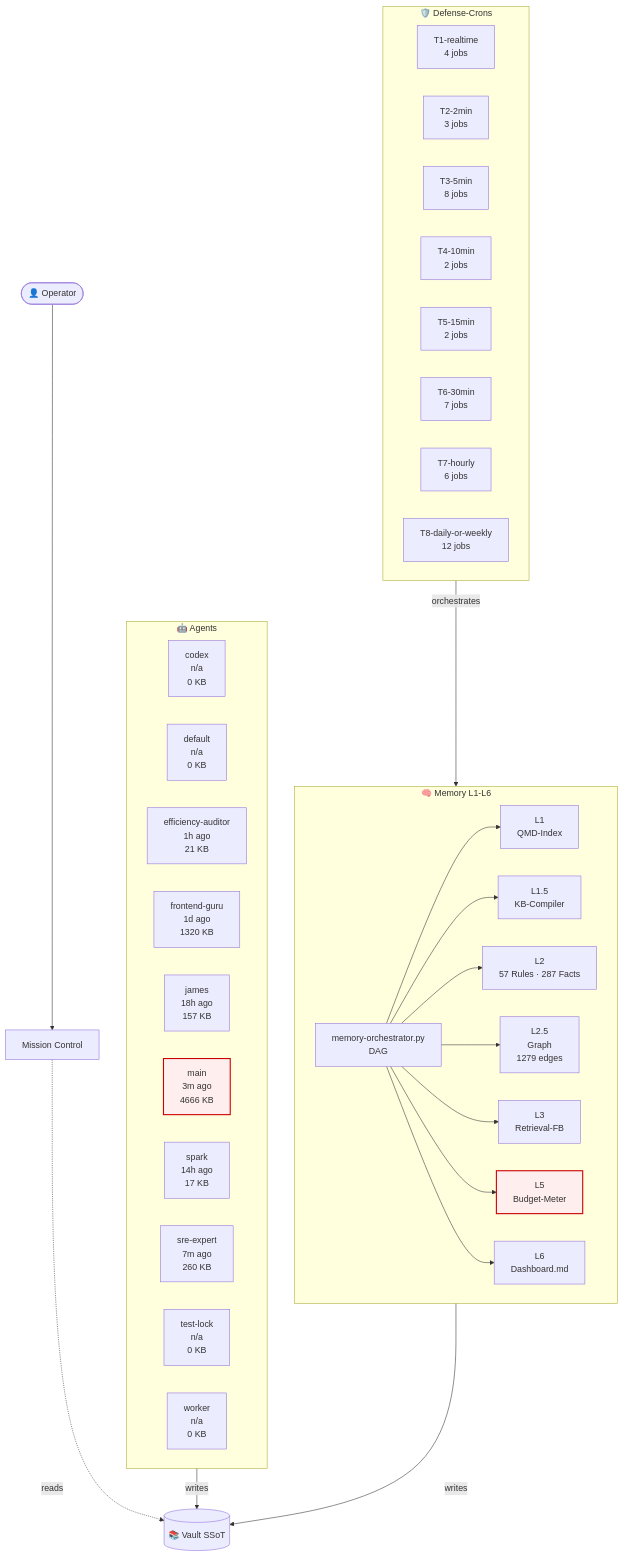
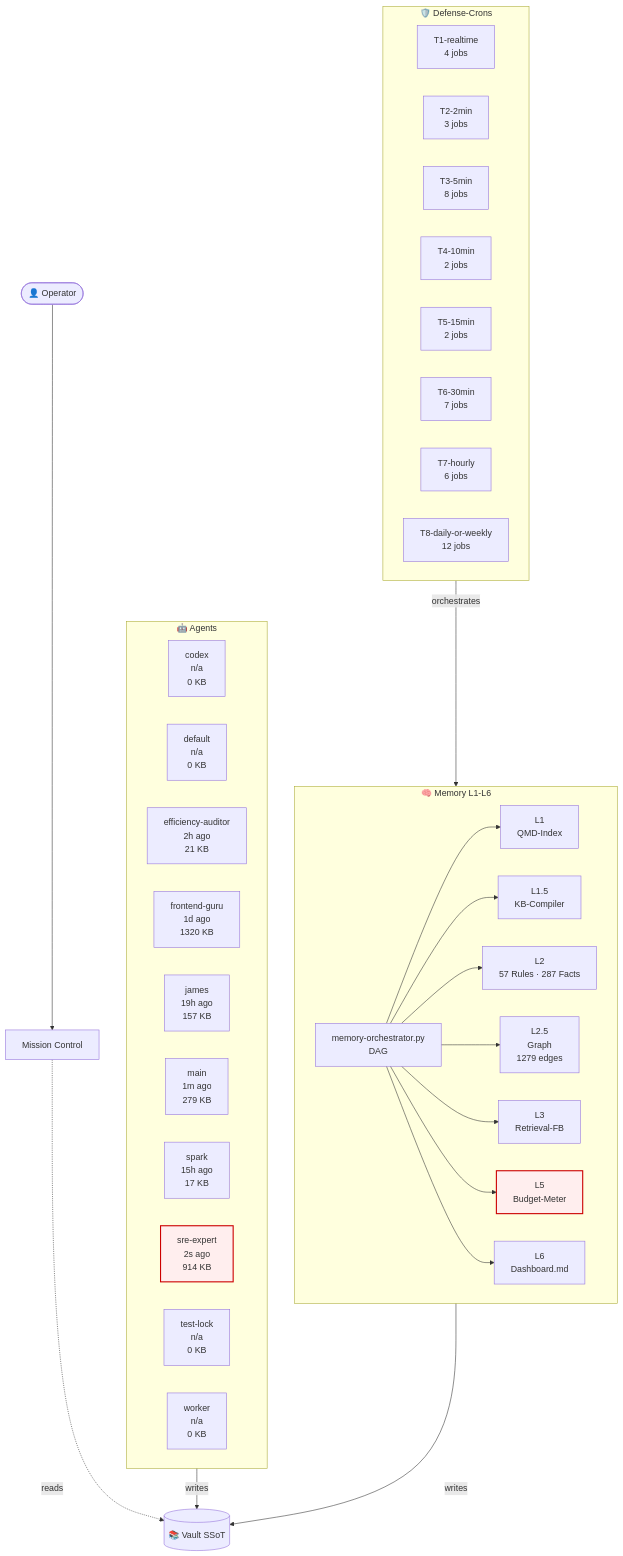
The diagram in 03-Agents/architecture-live.md (lenardhuebner88-rgb/openclaw-memory), drawn with Mermaid before and after one commit. The commit also changed other lines of this file and 18 other files, not shown here.

````diff
--- a/03-Agents/architecture-live.md
+++ b/03-Agents/architecture-live.md
@@ -18,53 +18,53 @@
 ```mermaid
 flowchart TB
     classDef critical fill:#fee,stroke:#c00,stroke-width:2px;
     subgraph AGT["🤖 Agents"]
         agent_codex["codex<br/>n/a<br/>0 KB"]
         agent_default["default<br/>n/a<br/>0 KB"]
-        agent_efficiency_auditor["efficiency-auditor<br/>1h ago<br/>21 KB"]
+        agent_efficiency_auditor["efficiency-auditor<br/>2h ago<br/>21 KB"]
         agent_frontend_guru["frontend-guru<br/>1d ago<br/>1320 KB"]
-        agent_james["james<br/>18h ago<br/>157 KB"]
-        agent_main["main<br/>3m ago<br/>4666 KB"]
-        agent_spark["spark<br/>14h ago<br/>17 KB"]
-        agent_sre_expert["sre-expert<br/>7m ago<br/>260 KB"]
+        agent_james["james<br/>19h ago<br/>157 KB"]
+        agent_main["main<br/>1m ago<br/>279 KB"]
+        agent_spark["spark<br/>15h ago<br/>17 KB"]
+        agent_sre_expert["sre-expert<br/>2s ago<br/>914 KB"]
         agent_test_lock["test-lock<br/>n/a<br/>0 KB"]
         agent_worker["worker<br/>n/a<br/>0 KB"]
     end
     subgraph MEM["🧠 Memory L1-L6"]
         L1["L1<br/>QMD-Index"]
         L15["L1.5<br/>KB-Compiler"]
         L2["L2<br/>57 Rules · 287 Facts"]
         L25["L2.5<br/>Graph<br/>1279 edges"]
         L3["L3<br/>Retrieval-FB"]
         L5["L5<br/>Budget-Meter"]
         L6["L6<br/>Dashboard.md"]
         ORCH["memory-orchestrator.py<br/>DAG"]
     end
     subgraph CRN["🛡️ Defense-Crons"]
         tier_T1_realtime["T1-realtime<br/>4 jobs"]
         tier_T2_2min["T2-2min<br/>3 jobs"]
         tier_T3_5min["T3-5min<br/>8 jobs"]
         tier_T4_10min["T4-10min<br/>2 jobs"]
         tier_T5_15min["T5-15min<br/>2 jobs"]
         tier_T6_30min["T6-30min<br/>7 jobs"]
         tier_T7_hourly["T7-hourly<br/>6 jobs"]
         tier_T8_daily_or_weekly["T8-daily-or-weekly<br/>12 jobs"]
     end
     VAULT[("📚 Vault SSoT")]
     OP([👤 Operator])
     MC["Mission Control"]
     OP --> MC
     MC -.reads.-> VAULT
     AGT -->|writes| VAULT
     MEM -->|writes| VAULT
     ORCH --> L1
     ORCH --> L15
     ORCH --> L2
     ORCH --> L25
     ORCH --> L3
     ORCH --> L5
     ORCH --> L6
     CRN -->|orchestrates| MEM
     class L5 critical
-    class agent_main critical
+    class agent_sre_expert critical
 ```
````
